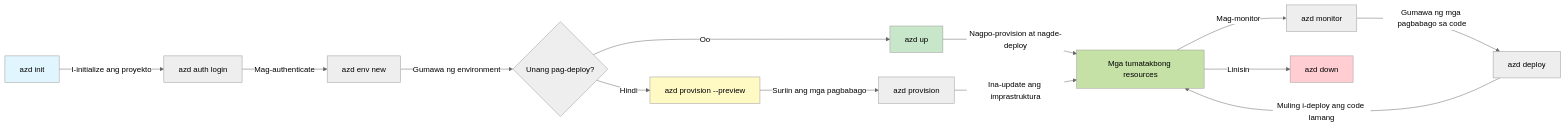
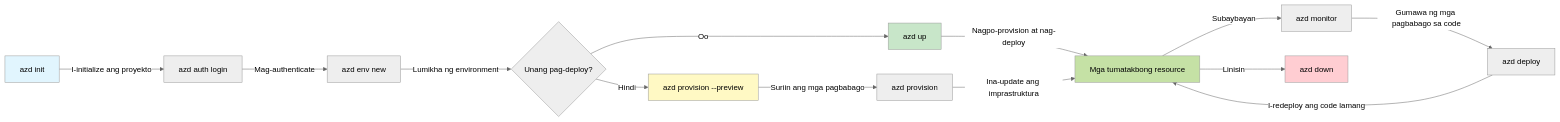
The first of 2 diagrams in translations/tl/docs/chapter-01-foundation/azd-basics.md (microsoft/AZD-for-beginners), drawn with Mermaid (neutral theme) before and after one commit. The commit also changed other lines of this file and 101 other files, not shown here.

````diff
--- a/translations/tl/docs/chapter-01-foundation/azd-basics.md
+++ b/translations/tl/docs/chapter-01-foundation/azd-basics.md
@@ -254,21 +269,21 @@
 ```mermaid
 graph LR
     A[azd init] -->|I-initialize ang proyekto| B[azd auth login]
     B -->|Mag-authenticate| C[azd env new]
-    C -->|Gumawa ng environment| D{Unang pag-deploy?}
+    C -->|Lumikha ng environment| D{Unang pag-deploy?}
     D -->|Oo| E[azd up]
     D -->|Hindi| F[azd provision --preview]
     F -->|Suriin ang mga pagbabago| G[azd provision]
-    E -->|Nagpo-provision at nagde-deploy| H[Mga tumatakbong resources]
+    E -->|Nagpo-provision at nag-deploy| H[Mga tumatakbong resource]
     G -->|Ina-update ang imprastruktura| H
-    H -->|Mag-monitor| I[azd monitor]
+    H -->|Subaybayan| I[azd monitor]
     I -->|Gumawa ng mga pagbabago sa code| J[azd deploy]
-    J -->|Muling i-deploy ang code lamang| H
+    J -->|I-redeploy ang code lamang| H
     H -->|Linisin| K[azd down]
     
     style A fill:#e1f5fe
     style E fill:#c8e6c9
     style F fill:#fff9c4
     style H fill:#c5e1a5
     style K fill:#ffcdd2
 ```
````
